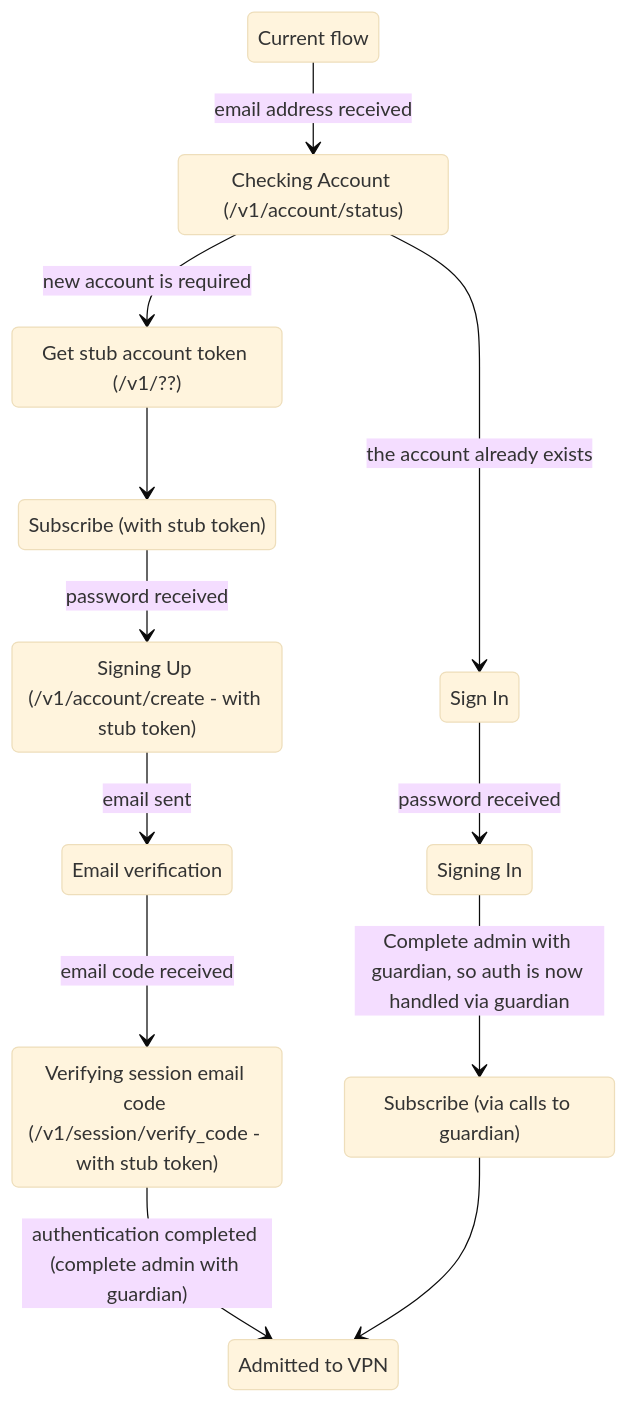
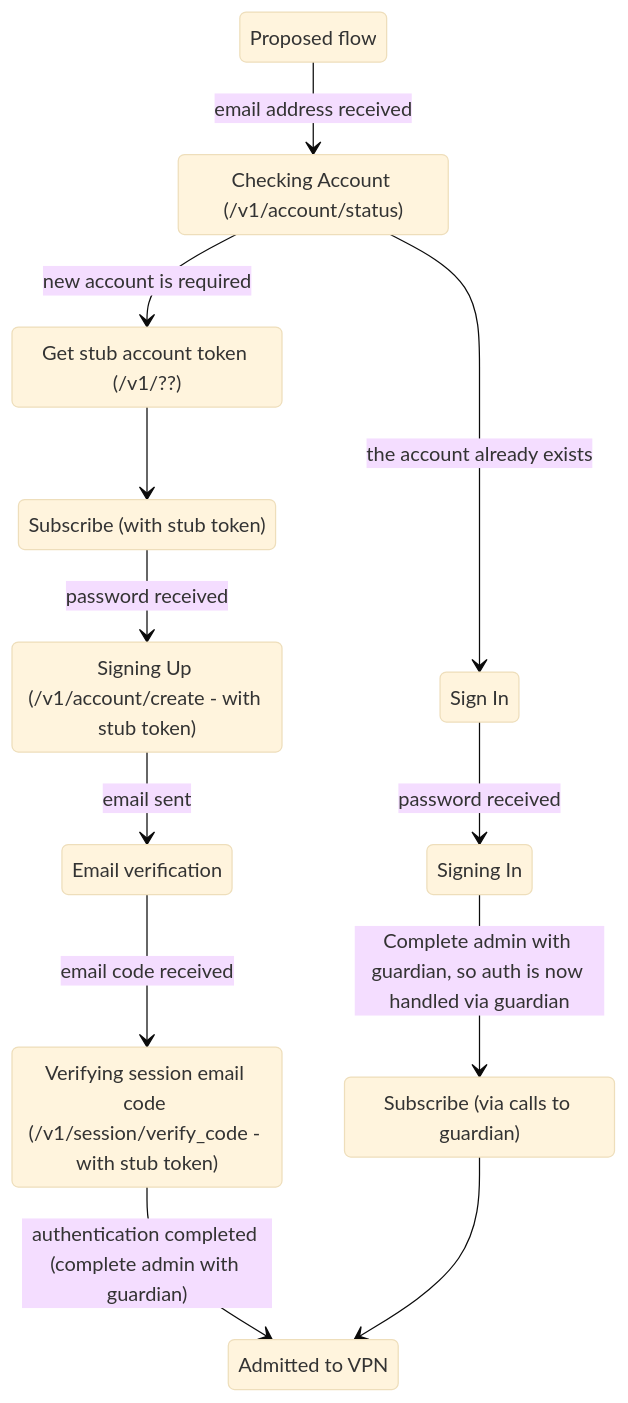
The second of 2 diagrams in docs/authentication-in-app.md (mozilla-mobile/mozilla-vpn-client), drawn with Mermaid (base theme) before and after one commit. The commit also changed other lines of this file, not shown here.

````diff
--- a/docs/authentication-in-app.md
+++ b/docs/authentication-in-app.md
@@ -30,26 +33,26 @@
 ```mermaid
 stateDiagram-v2
-  Start: Current flow
+  Start: Proposed flow
   CheckingAccount: Checking Account (/v1/account/status)
   SignIn: Sign In
   StubAccount: Get stub account token (/v1/??)
   SigningIn: Signing In
   SigningUp: Signing Up (/v1/account/create - with stub token)
   EmailVerification: Email verification
   VerifyingSessionEmailCode: Verifying session email code (/v1/session/verify_code - with stub token)
   Subscribe: Subscribe (via calls to guardian) 
   SubscribeStub: Subscribe (with stub token)
   Admitted: Admitted to VPN
  
   Start --> CheckingAccount: email address received
   CheckingAccount --> SignIn: the account already exists
   CheckingAccount --> StubAccount: new account is required
   StubAccount --> SubscribeStub
   SubscribeStub --> SigningUp: password received
   SignIn --> SigningIn: password received
   SigningUp --> EmailVerification: email sent
   EmailVerification --> VerifyingSessionEmailCode: email code received
   VerifyingSessionEmailCode --> Admitted: authentication completed (complete admin with guardian)
   SigningIn --> Subscribe: Complete admin with guardian, so auth is now handled via guardian
   Subscribe --> Admitted
 ```
````
